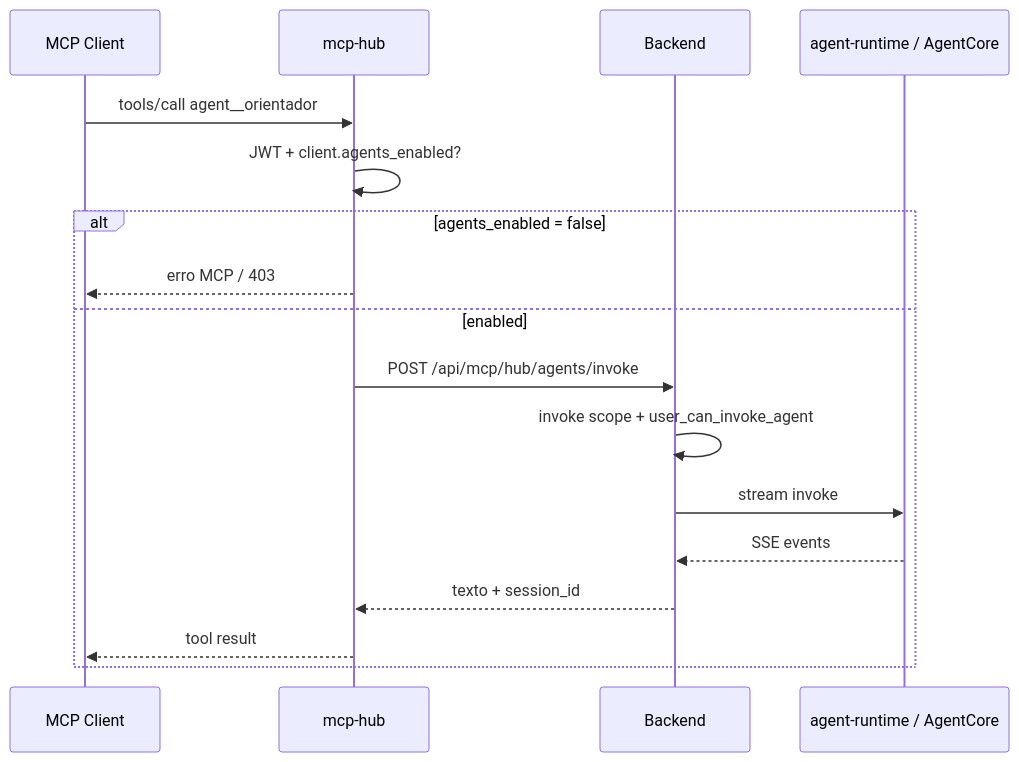
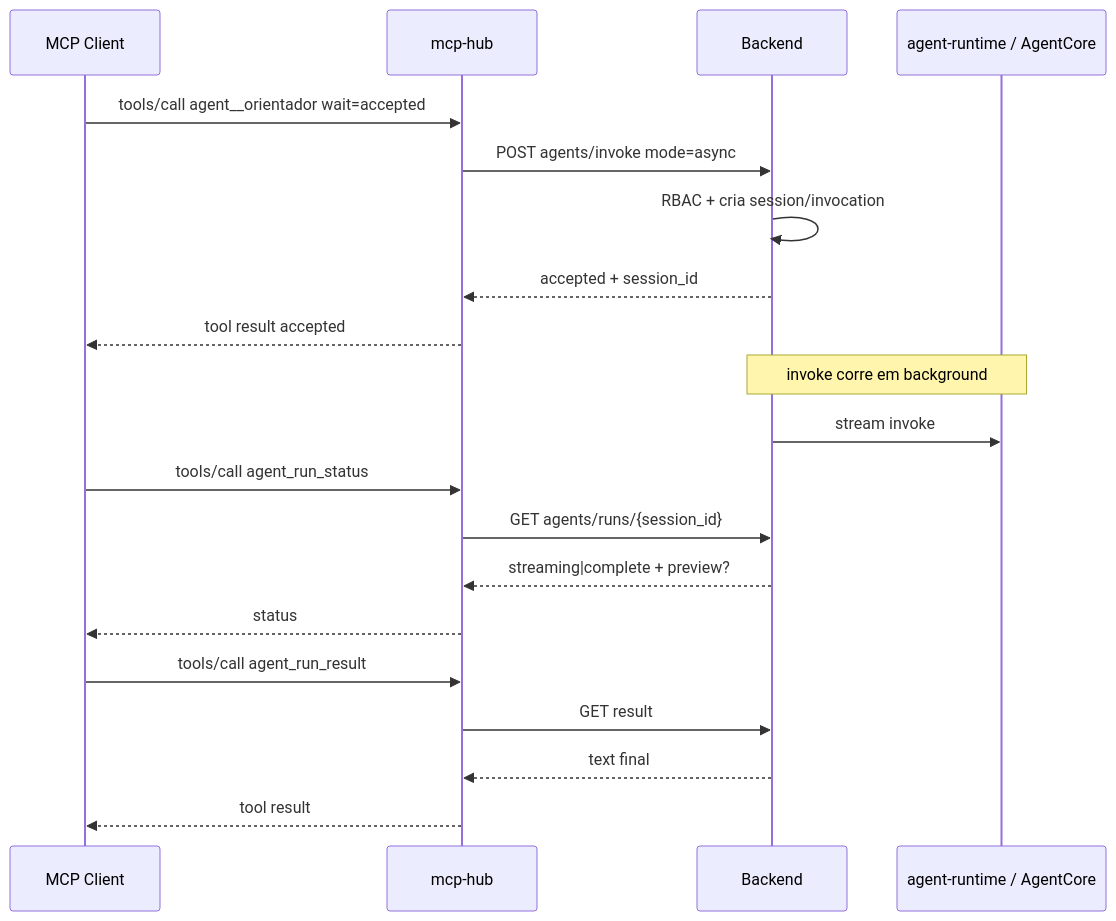
One commit to awslabs/loom changed the third of 3 diagrams in docs/adr/0012-mcp-hub-agents-as-tools.md. Above: the diagram before and after it, drawn with Mermaid. The commit also changed other lines of this file and 1 other file, not shown here.

First line of the commit message:
docs: make Hub agent tools async with status poll

````diff
--- a/docs/adr/0012-mcp-hub-agents-as-tools.md
+++ b/docs/adr/0012-mcp-hub-agents-as-tools.md
@@ -161,20 +183,23 @@
 ```mermaid
 sequenceDiagram
   participant IDE as MCP Client
   participant Hub as mcp-hub
   participant BFF as Backend
   participant RT as agent-runtime / AgentCore
 
-  IDE->>Hub: tools/call agent__orientador
-  Hub->>Hub: JWT + client.agents_enabled?
-  alt agents_enabled = false
-    Hub-->>IDE: erro MCP / 403
-  else enabled
-    Hub->>BFF: POST /api/mcp/hub/agents/invoke
-    BFF->>BFF: invoke scope + user_can_invoke_agent
-    BFF->>RT: stream invoke
-    RT-->>BFF: SSE events
-    BFF-->>Hub: texto + session_id
-    Hub-->>IDE: tool result
-  end
+  IDE->>Hub: tools/call agent__orientador wait=accepted
+  Hub->>BFF: POST agents/invoke mode=async
+  BFF->>BFF: RBAC + cria session/invocation
+  BFF-->>Hub: accepted + session_id
+  Hub-->>IDE: tool result accepted
+  Note over BFF,RT: invoke corre em background
+  BFF->>RT: stream invoke
+  IDE->>Hub: tools/call agent_run_status
+  Hub->>BFF: GET agents/runs/{session_id}
+  BFF-->>Hub: streaming|complete + preview?
+  Hub-->>IDE: status
+  IDE->>Hub: tools/call agent_run_result
+  Hub->>BFF: GET result
+  BFF-->>Hub: text final
+  Hub-->>IDE: tool result
 ```
````
